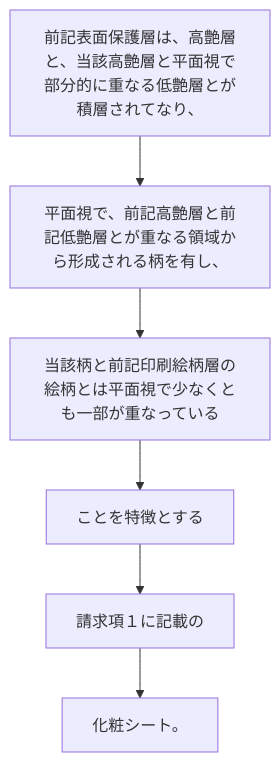
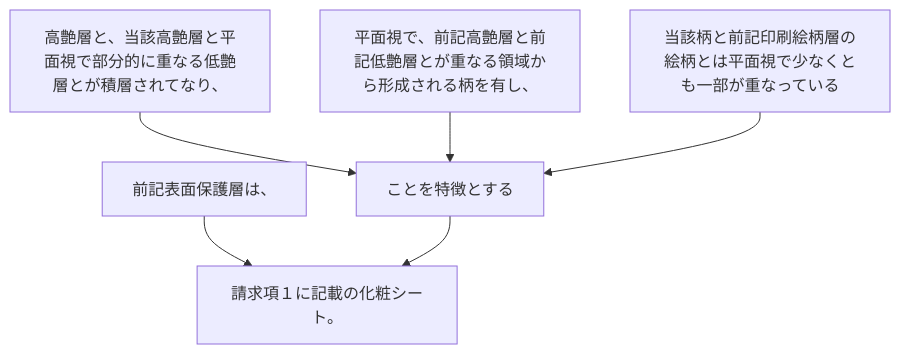
The diagram in 2024/JP2024006643A/claim_3/README.md (shinmori55/patent_analyzed), drawn with Mermaid before and after one commit. The commit also changed 31 other files, not shown here.

````diff
--- a/2024/JP2024006643A/claim_3/README.md
+++ b/2024/JP2024006643A/claim_3/README.md
@@ -2,14 +2,14 @@
 ```mermaid
 flowchart TD
-A[前記表面保護層は、高艶層と、当該高艶層と平面視で部分的に重なる低艶層とが積層されてなり、]
-B[平面視で、前記高艶層と前記低艶層とが重なる領域から形成される柄を有し、]
-C[当該柄と前記印刷絵柄層の絵柄とは平面視で少なくとも一部が重なっている]
-D[ことを特徴とする]
-E[請求項１に記載の]
-F[化粧シート。]
-A --> B
-B --> C
-C --> D
+A[前記表面保護層は、]
+B[高艶層と、当該高艶層と平面視で部分的に重なる低艶層とが積層されてなり、]
+C[平面視で、前記高艶層と前記低艶層とが重なる領域から形成される柄を有し、]
+D[当該柄と前記印刷絵柄層の絵柄とは平面視で少なくとも一部が重なっている]
+E[ことを特徴とする]
+F[請求項１に記載の化粧シート。]
+A --> F
+B --> E
+C --> E
 D --> E
 E --> F
 ```
````
